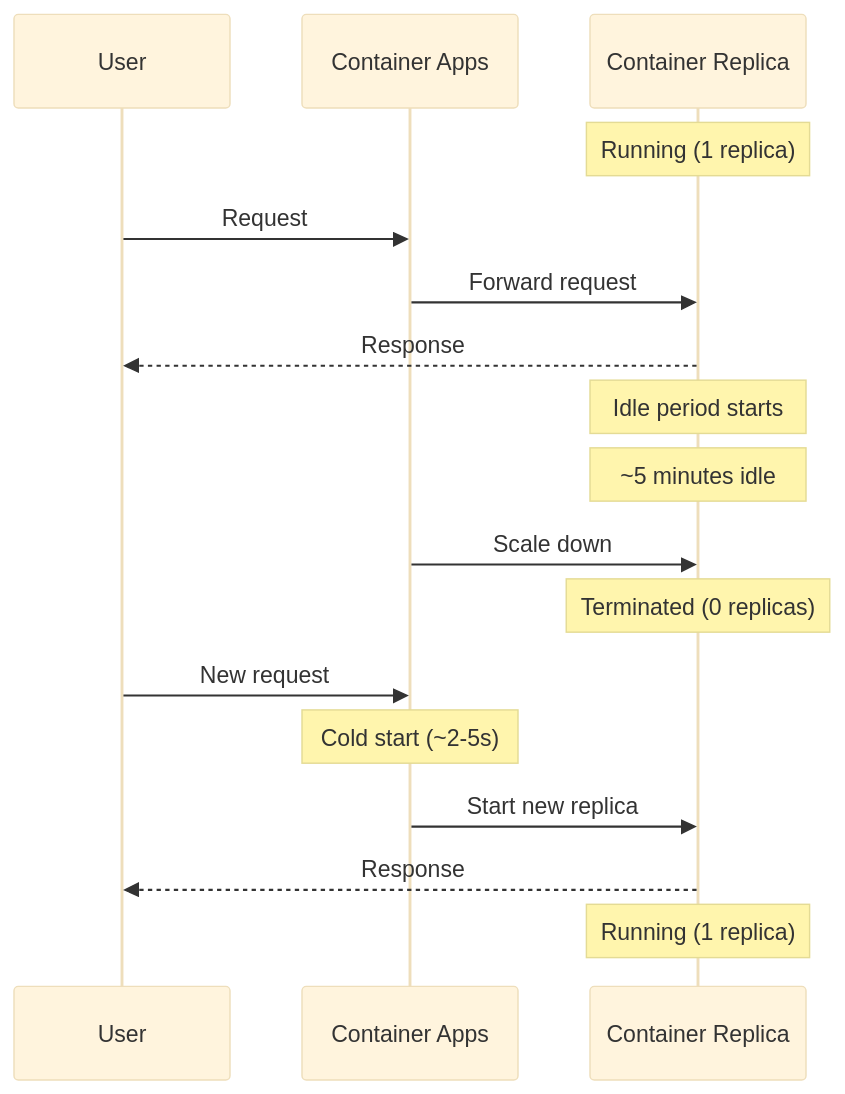
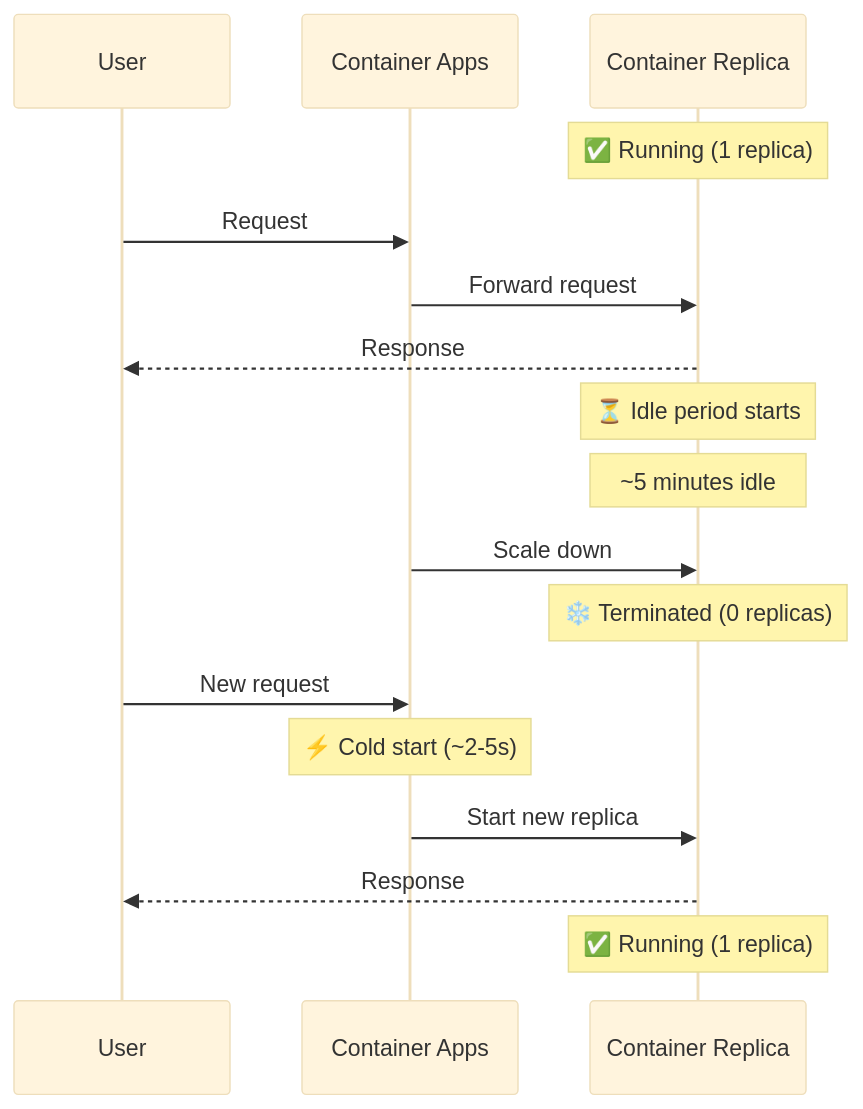
Before and after one commit to fgarofalo56/azure-dab-fullstack-demo: the second of 2 diagrams in docs/auto-scaling-guide.md, drawn with Mermaid (base theme). The commit also changed other lines of this file and 12 other files, not shown here.

````diff
--- a/docs/auto-scaling-guide.md
+++ b/docs/auto-scaling-guide.md
@@ -99,22 +105,22 @@
 ```mermaid
 sequenceDiagram
     participant User
     participant CAE as Container Apps
     participant Pod as Container Replica
 
-    Note over Pod: Running (1 replica)
+    Note over Pod: ✅ Running (1 replica)
     User->>CAE: Request
     CAE->>Pod: Forward request
     Pod-->>User: Response
 
-    Note over Pod: Idle period starts
+    Note over Pod: ⏳ Idle period starts
     Note over Pod: ~5 minutes idle
     CAE->>Pod: Scale down
-    Note over Pod: Terminated (0 replicas)
+    Note over Pod: ❄️ Terminated (0 replicas)
 
     User->>CAE: New request
-    Note over CAE: Cold start (~2-5s)
+    Note over CAE: ⚡ Cold start (~2-5s)
     CAE->>Pod: Start new replica
     Pod-->>User: Response
-    Note over Pod: Running (1 replica)
+    Note over Pod: ✅ Running (1 replica)
 ```
````
